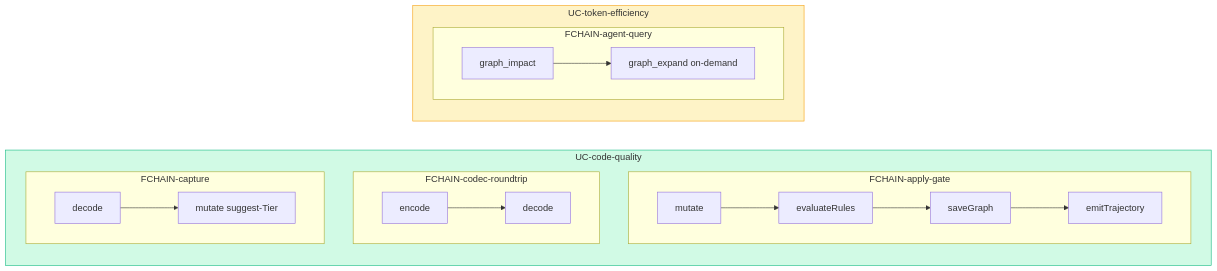
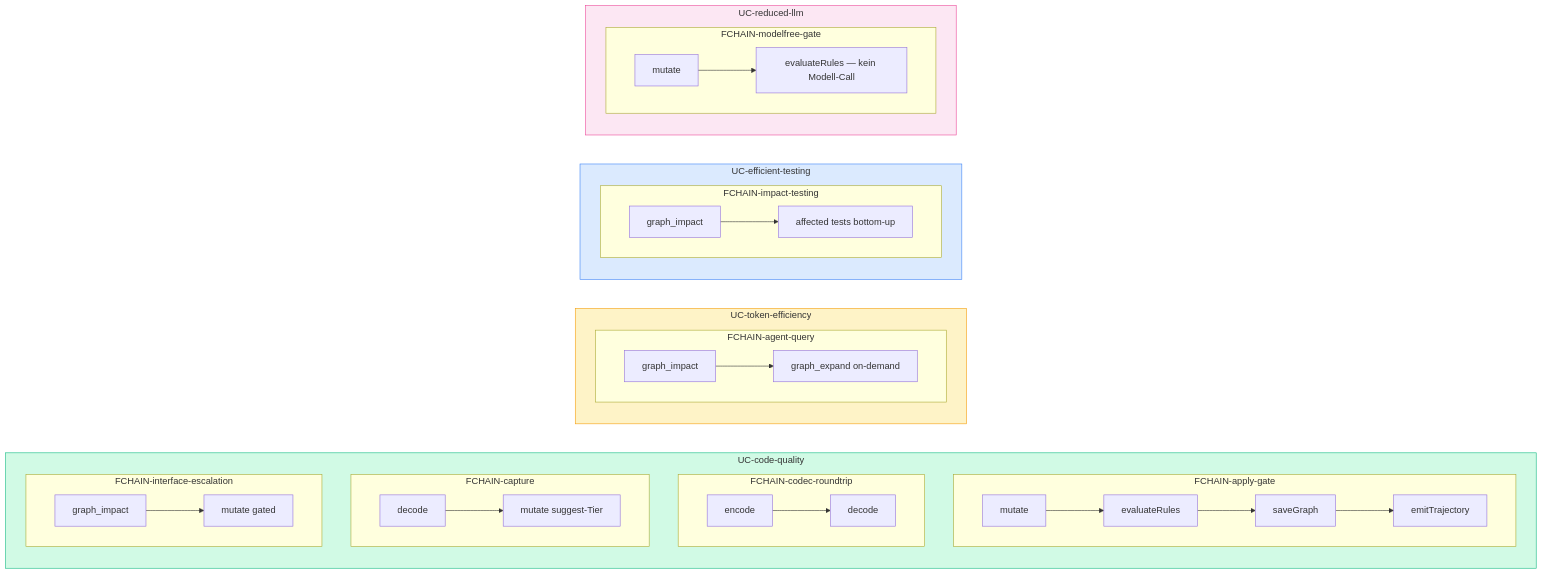
The third of 6 diagrams in docs/graph/architecture-graph.md (andreassigloch/graphcode), drawn with Mermaid before and after one commit. The commit also changed other lines of this file and 3 other files, not shown here.

First line of the commit message:
feat: architecture refinement — actors, escalation, FCHAINs (CR-GC-105)

````diff
--- a/docs/graph/architecture-graph.md
+++ b/docs/graph/architecture-graph.md
@@ -104,21 +104,36 @@
 ```mermaid
 flowchart LR
   subgraph UCq["UC-code-quality"]
     subgraph FC1["FCHAIN-apply-gate"]
       a1["mutate"] --> a2["evaluateRules"] --> a3["saveGraph"] --> a4["emitTrajectory"]
     end
     subgraph FC3["FCHAIN-codec-roundtrip"]
       c1["encode"] --> c2["decode"]
     end
     subgraph FC4["FCHAIN-capture"]
       d1["decode"] --> d2["mutate suggest-Tier"]
     end
+    subgraph FC7["FCHAIN-interface-escalation"]
+      e1["graph_impact"] --> e2["mutate gated"]
+    end
   end
   subgraph UCt["UC-token-efficiency"]
     subgraph FC2["FCHAIN-agent-query"]
       b1["graph_impact"] --> b2["graph_expand on-demand"]
     end
   end
+  subgraph UCe["UC-efficient-testing"]
+    subgraph FC5["FCHAIN-impact-testing"]
+      f1["graph_impact"] --> f2["affected tests bottom-up"]
+    end
+  end
+  subgraph UCl["UC-reduced-llm"]
+    subgraph FC6["FCHAIN-modelfree-gate"]
+      g1["mutate"] --> g2["evaluateRules — kein Modell-Call"]
+    end
+  end
   style UCq fill:#d1fae5,stroke:#10b981
   style UCt fill:#fef3c7,stroke:#f59e0b
+  style UCe fill:#dbeafe,stroke:#3b82f6
+  style UCl fill:#fce7f3,stroke:#ec4899
 ```
````
